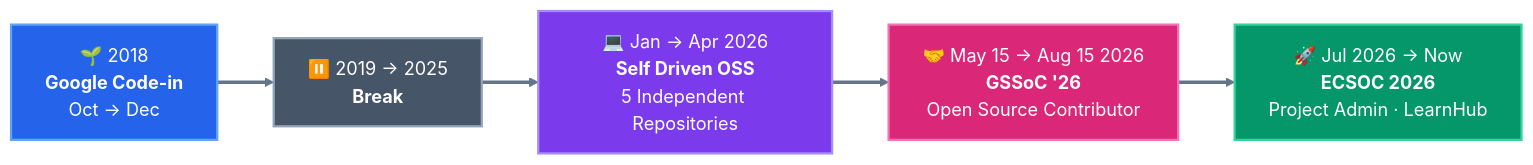
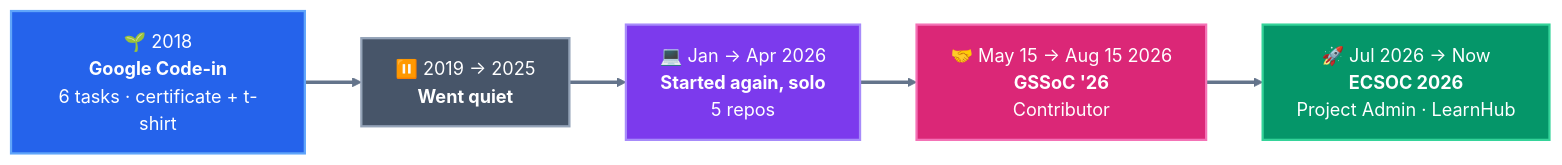
The first of 2 diagrams in README.md (udaycodespace/udaycodespace), drawn with Mermaid before and after one commit. The commit also changed other lines of this file, not shown here.

`````diff
--- a/README.md
+++ b/README.md
@@ -109,32 +111,28 @@
 ```mermaid
 flowchart LR
 
-    A["🌱 2018<br/><b>Google Code-in</b><br/>Oct → Dec"]
-
-    B["⏸️ 2019 → 2025<br/><b>Break</b>"]
-
-    C["💻 Jan → Apr 2026<br/><b>Self Driven OSS</b><br/>5 Independent Repositories"]
-
-    D["🤝 May 15 → Aug 15 2026<br/><b>GSSoC '26</b><br/>Open Source Contributor"]
-
+    A["🌱 2018<br/><b>Google Code-in</b><br/>6 tasks · certificate + t-shirt"]
+    B["⏸️ 2019 → 2025<br/><b>Went quiet</b>"]
+    C["💻 Jan → Apr 2026<br/><b>Started again, solo</b><br/>5 repos"]
+    D["🤝 May 15 → Aug 15 2026<br/><b>GSSoC '26</b><br/>Contributor"]
     E["🚀 Jul 2026 → Now<br/><b>ECSOC 2026</b><br/>Project Admin · LearnHub"]
 
     A --> B
     B --> C
     C --> D
     D --> E
 
     classDef first fill:#2563EB,stroke:#60A5FA,color:#FFFFFF,stroke-width:2px
     classDef pause fill:#475569,stroke:#94A3B8,color:#FFFFFF,stroke-width:2px
     classDef self fill:#7C3AED,stroke:#A78BFA,color:#FFFFFF,stroke-width:2px
     classDef gssoc fill:#DB2777,stroke:#F472B6,color:#FFFFFF,stroke-width:2px
     classDef ecsoc fill:#059669,stroke:#34D399,color:#FFFFFF,stroke-width:2px
 
     class A first
     class B pause
     class C self
     class D gssoc
     class E ecsoc
 
     linkStyle default stroke:#64748B,stroke-width:3px
-````
+```
`````
